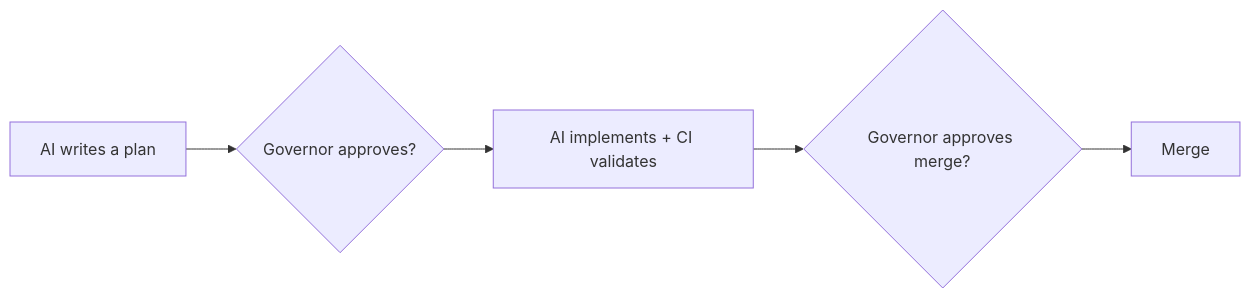
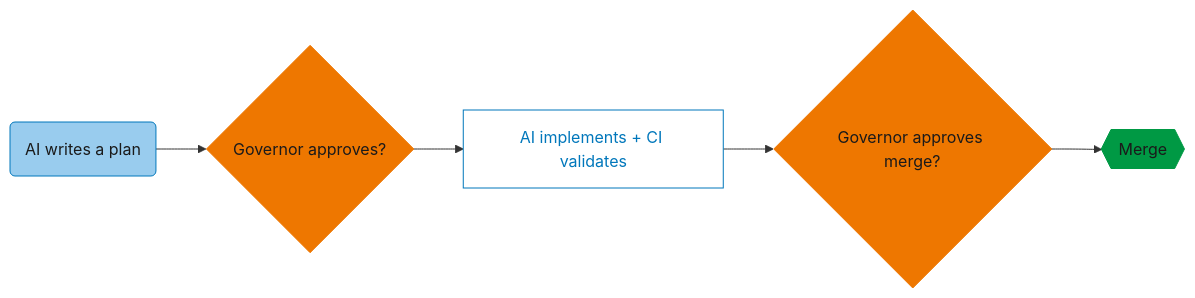
One commit to janipaijanen/agf-mirror changed the diagram in agf/docs/site/index.md. Above: the diagram before and after it, drawn with Mermaid. The commit also changed 3 other files, not shown here.

Commit message:
feat: apply semantic responsibility palette to Class 4 Mermaid diagrams

````diff
--- a/agf/docs/site/index.md
+++ b/agf/docs/site/index.md
@@ -38,7 +38,17 @@
 ```mermaid
 flowchart LR
-    plan[AI writes a plan] --> gate1{Governor approves?}
+    classDef aiAction fill:#99CCEE,stroke:#0077BB,color:#1A1A1A
+    classDef humanDecision fill:#EE7700,stroke:#EE7700,color:#1A1A1A
+    classDef sharedConcept fill:#ffffff,stroke:#0077BB,color:#0077BB
+    classDef automatedCheck fill:#009944,stroke:#009944,color:#1A1A1A
+
+    plan(AI writes a plan) --> gate1{Governor approves?}
     gate1 --> implement[AI implements + CI validates]
     implement --> gate2{Governor approves merge?}
-    gate2 --> merge[Merge]
+    gate2 --> merge{{Merge}}
+
+    class plan aiAction
+    class gate1,gate2 humanDecision
+    class implement sharedConcept
+    class merge automatedCheck
 ```
````
